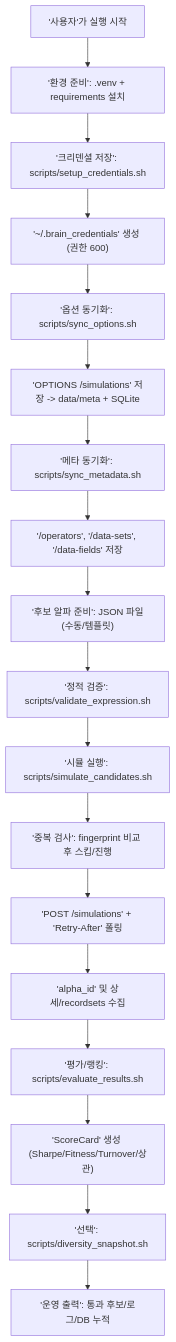
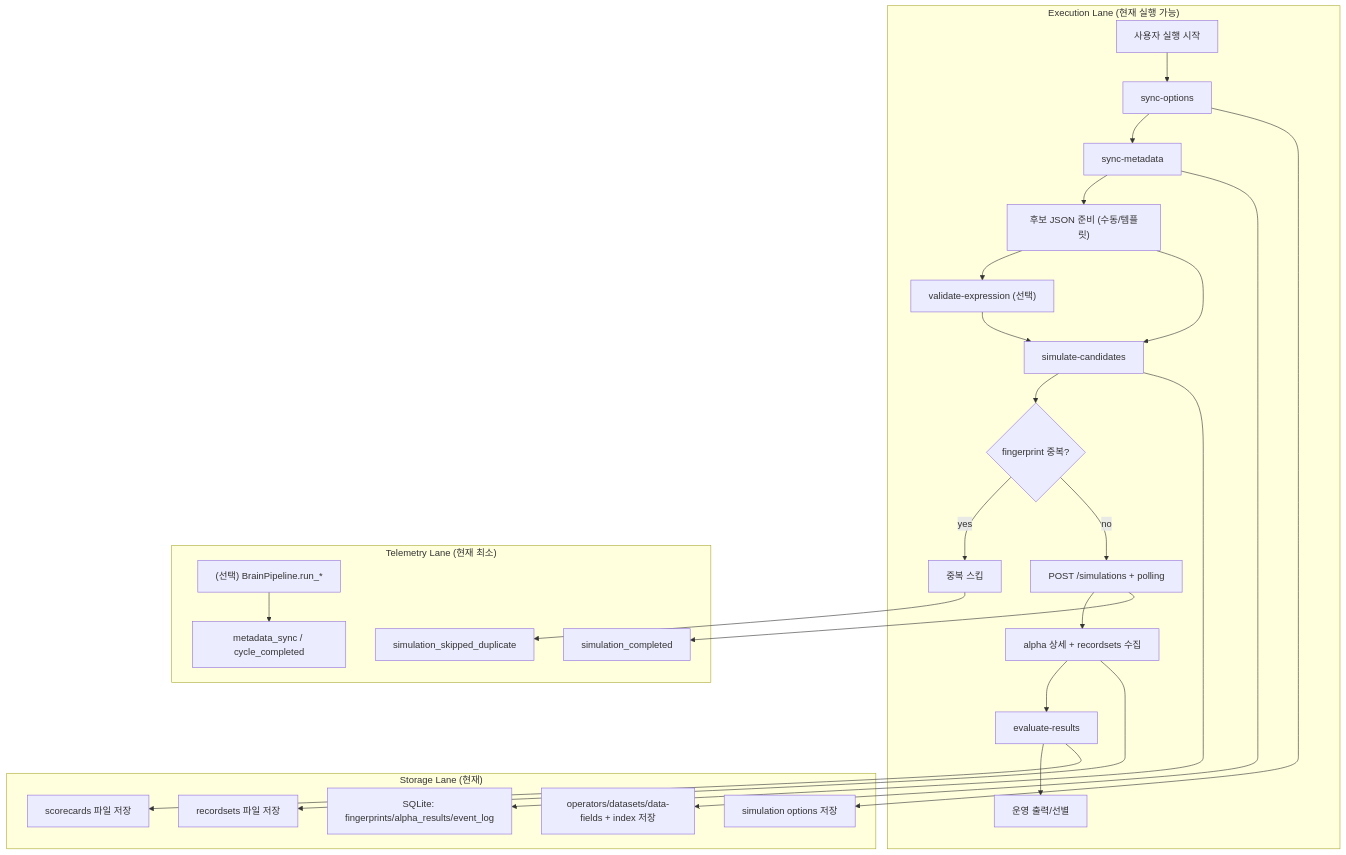
The first of 2 diagrams in architecture/current-workflow-map.md (ksw6895/Brain_alpha_generator), drawn with Mermaid before and after one commit. The commit also changed other lines of this file and 1 other file, not shown here.

````diff
--- a/architecture/current-workflow-map.md
+++ b/architecture/current-workflow-map.md
@@ -19,26 +26,31 @@
 ```mermaid
 flowchart TD
-  U["'사용자'가 실행 시작"] --> ENV["'환경 준비': .venv + requirements 설치"]
-  ENV --> CRED["'크리덴셜 저장': scripts/setup_credentials.sh"]
-  CRED --> CREDFILE["'~/.brain_credentials' 생성 (권한 600)"]
+  subgraph EXEC["Execution Lane (현재 실행 가능)"]
+    U["사용자 실행 시작"] --> OPT["sync-options"]
+    OPT --> META["sync-metadata"]
+    META --> CAND["후보 JSON 준비 (수동/템플릿)"]
+    CAND --> VAL["validate-expression (선택)"]
+    CAND --> SIM["simulate-candidates"]
+    VAL --> SIM
+    SIM --> DEDUP{"fingerprint 중복?"}
+    DEDUP -->|yes| SKIP["중복 스킵"]
+    DEDUP -->|no| RUNSIM["POST /simulations + polling"]
+    RUNSIM --> FETCH["alpha 상세 + recordsets 수집"]
+    FETCH --> EVAL["evaluate-results"]
+    EVAL --> OUT["운영 출력/선별"]
+  end
 
-  CREDFILE --> OPT["'옵션 동기화': scripts/sync_options.sh"]
-  OPT --> OPTSAVE["'OPTIONS /simulations' 저장 -> data/meta + SQLite"]
+  subgraph STORE["Storage Lane (현재)"]
+    OPT --> M1["simulation options 저장"]
+    META --> M2["operators/datasets/data-fields + index 저장"]
+    SIM --> DB1["SQLite: fingerprints/alpha_results/event_log"]
+    FETCH --> F1["recordsets 파일 저장"]
+    EVAL --> F2["scorecards 파일 저장"]
+  end
 
-  OPTSAVE --> META["'메타 동기화': scripts/sync_metadata.sh"]
-  META --> METASAVE["'/operators', '/data-sets', '/data-fields' 저장"]
-
-  METASAVE --> CAND["'후보 알파 준비': JSON 파일(수동/템플릿)"]
-  CAND --> VAL["'정적 검증': scripts/validate_expression.sh"]
-  VAL --> SIM["'시뮬 실행': scripts/simulate_candidates.sh"]
-
-  SIM --> DEDUP["'중복 검사': fingerprint 비교 후 스킵/진행"]
-  DEDUP --> POSTSIM["'POST /simulations' + 'Retry-After' 폴링"]
-  POSTSIM --> ALPHA["'alpha_id' 및 상세/recordsets 수집"]
-
-  ALPHA --> EVAL["'평가/랭킹': scripts/evaluate_results.sh"]
-  EVAL --> SCORE["'ScoreCard' 생성 (Sharpe/Fitness/Turnover/상관)"]
-
-  SCORE --> DIVOPT["'선택': scripts/diversity_snapshot.sh"]
-  DIVOPT --> OUT["'운영 출력': 통과 후보/로그/DB 누적"]
+  subgraph OBSNOW["Telemetry Lane (현재 최소)"]
+    SKIP --> E1["simulation_skipped_duplicate"]
+    RUNSIM --> E2["simulation_completed"]
+    PIPE["(선택) BrainPipeline.run_*"] --> E3["metadata_sync / cycle_completed"]
+  end
 ```
````
